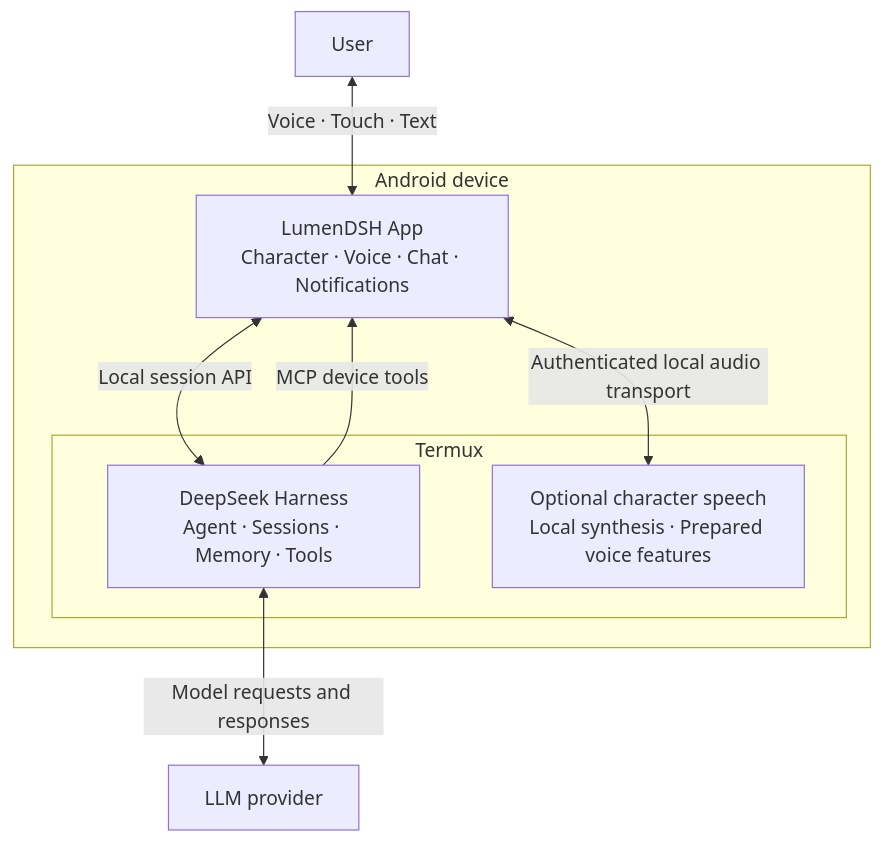
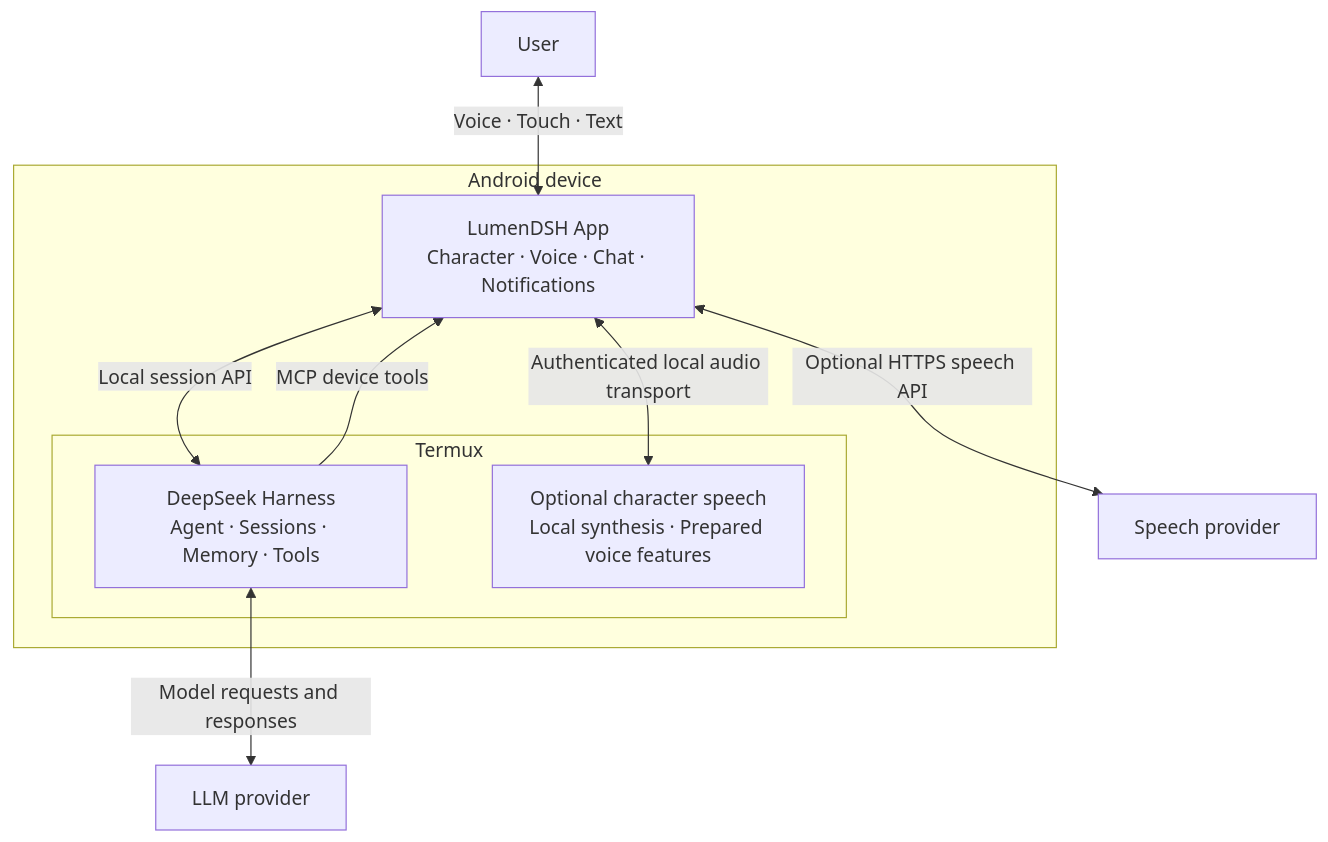
One commit to ydzat/LumenDSH changed the diagram in README.md. Above: the diagram before and after it, drawn with Mermaid. The commit also changed other lines of this file and 55 other files, not shown here.

````diff
--- a/README.md
+++ b/README.md
@@ -37,16 +38,17 @@
 ```mermaid
 flowchart TB
     user[User]
     subgraph device[Android device]
         app["LumenDSH App<br/>Character · Voice · Chat · Notifications"]
         subgraph termux[Termux]
             dsh["DeepSeek Harness<br/>Agent · Sessions · Memory · Tools"]
             voice["Optional character speech<br/>Local synthesis · Prepared voice features"]
         end
         app <-->|Local session API| dsh
         dsh -->|MCP device tools| app
         app <-->|Authenticated local audio transport| voice
     end
     user <-->|Voice · Touch · Text| app
     dsh <-->|Model requests and responses| provider[LLM provider]
+    app <-->|Optional HTTPS speech API| speech[Speech provider]
 ```
````
